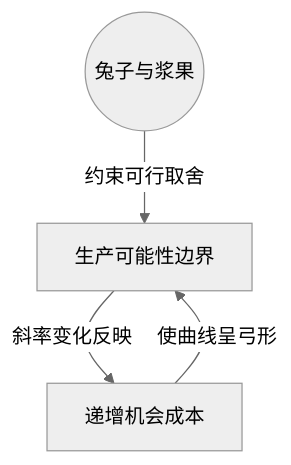
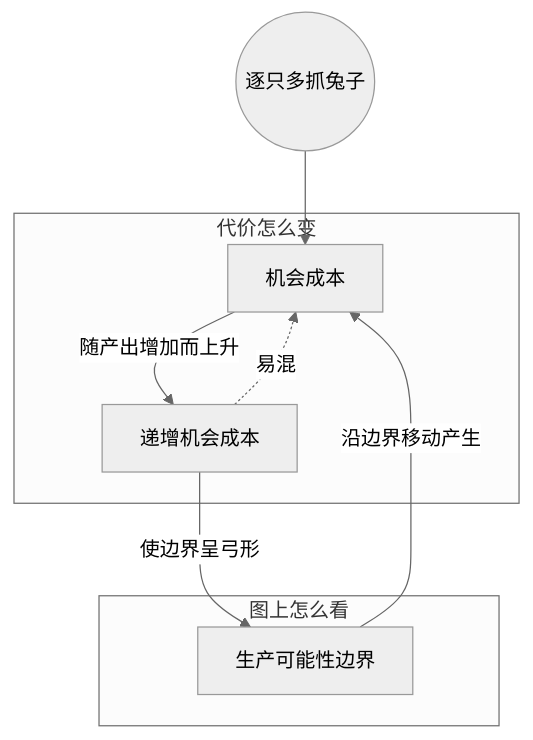
Before and after one commit to lucky-Luor/bilibili-douyin-notes: the diagram in examples/可汗微观经济学-前15集/notes/003-第3讲 递增机会成本.md, drawn with Mermaid (neutral theme). The commit also changed other lines of this file and 18 other files, not shown here.

````diff
--- a/examples/可汗微观经济学-前15集/notes/003-第3讲 递增机会成本.md
+++ b/examples/可汗微观经济学-前15集/notes/003-第3讲 递增机会成本.md
@@ -38,6 +63,16 @@
 ```mermaid
 graph TD
-  R((兔子与浆果)) -->|约束可行取舍| B[生产可能性边界]
-  A[递增机会成本] -->|使曲线呈弓形| B
-  B -->|斜率变化反映| A
+  R((逐只多抓兔子))
+  subgraph 代价怎么变
+    O[机会成本]
+    I[递增机会成本]
+  end
+  subgraph 图上怎么看
+    P[生产可能性边界]
+  end
+  R --> O
+  P -->|沿边界移动产生| O
+  O -->|随产出增加而上升| I
+  I -->|使边界呈弓形| P
+  I -.->|易混| O
 ```
````
